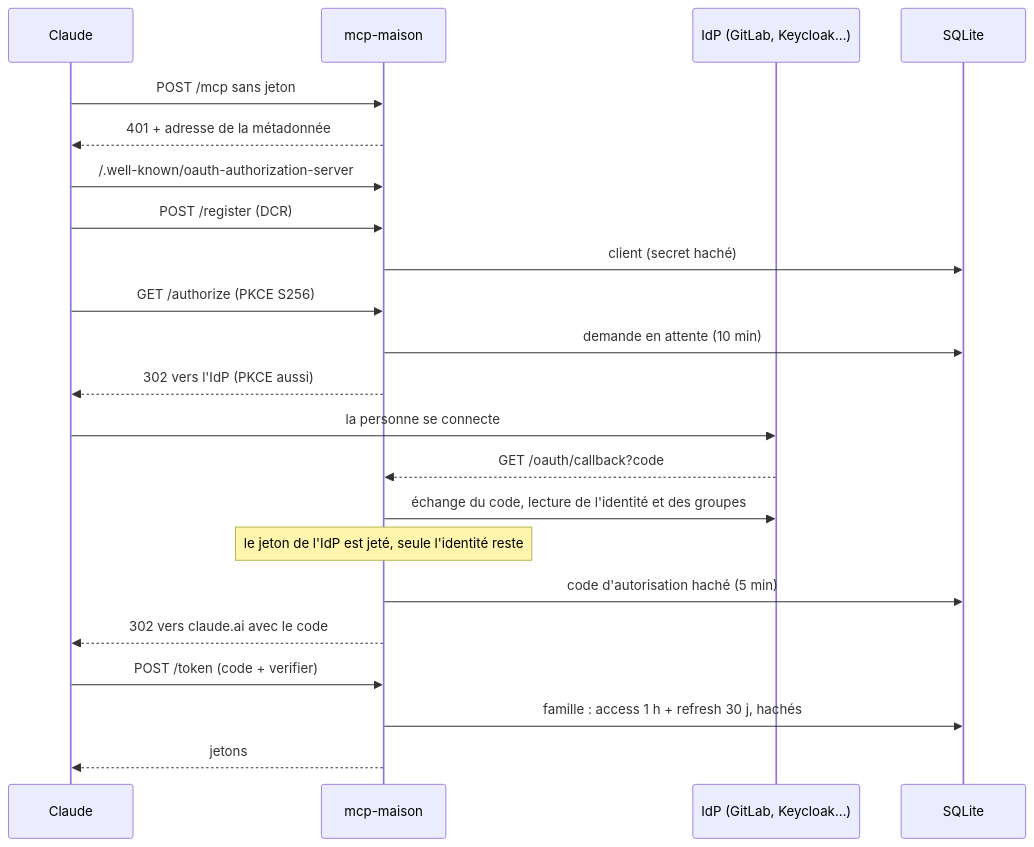
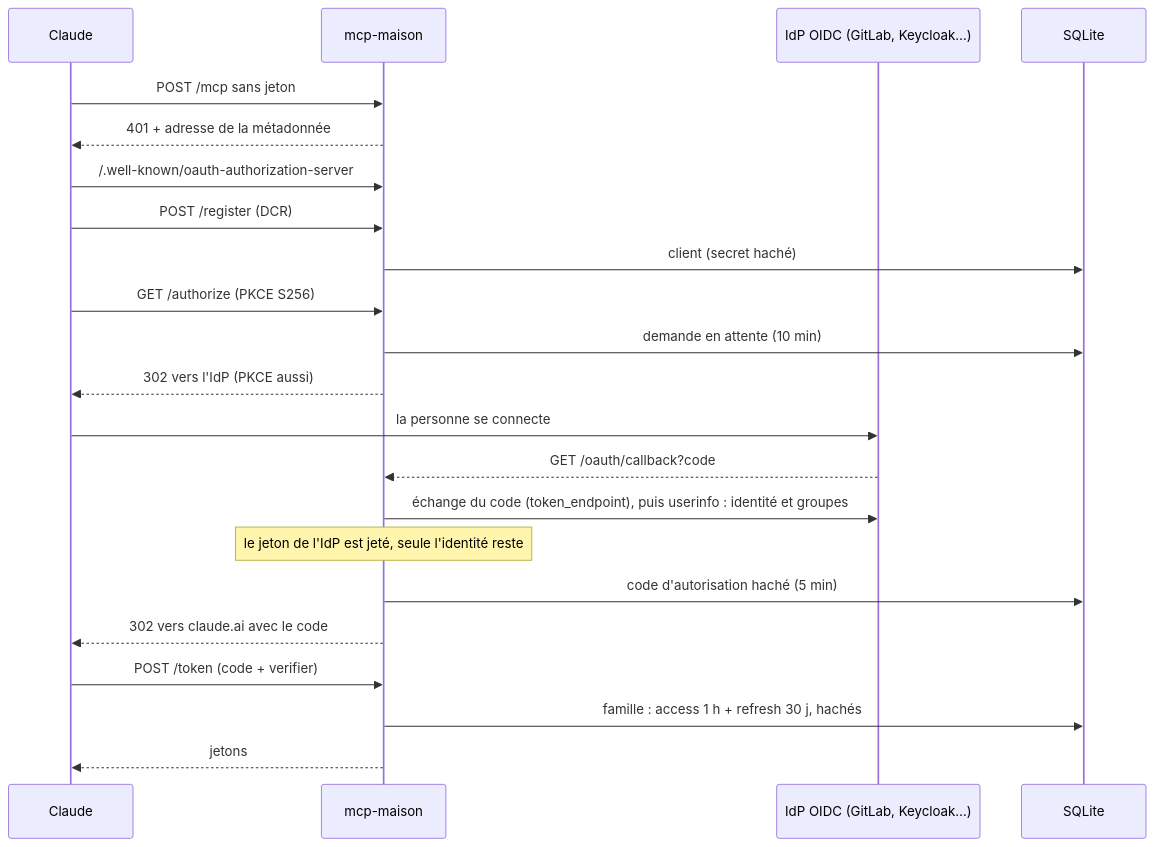
The first of 2 diagrams in docs/architecture.md (ldesfontaine/mcp-maison), drawn with Mermaid before and after one commit. The commit also changed other lines of this file and 35 other files, not shown here.

````diff
--- a/docs/architecture.md
+++ b/docs/architecture.md
@@ -32,24 +32,24 @@
 ```mermaid
 sequenceDiagram
     participant C as Claude
     participant M as mcp-maison
-    participant I as IdP (GitLab, Keycloak…)
+    participant I as IdP OIDC (GitLab, Keycloak…)
     participant DB as SQLite
     C->>M: POST /mcp sans jeton
     M-->>C: 401 + adresse de la métadonnée
     C->>M: /.well-known/oauth-authorization-server
     C->>M: POST /register (DCR)
     M->>DB: client (secret haché)
     C->>M: GET /authorize (PKCE S256)
     M->>DB: demande en attente (10 min)
     M-->>C: 302 vers l'IdP (PKCE aussi)
     C->>I: la personne se connecte
     I-->>M: GET /oauth/callback?code
-    M->>I: échange du code, lecture de l'identité et des groupes
+    M->>I: échange du code (token_endpoint), puis userinfo : identité et groupes
     Note over M: le jeton de l'IdP est jeté, seule l'identité reste
     M->>DB: code d'autorisation haché (5 min)
     M-->>C: 302 vers claude.ai avec le code
     C->>M: POST /token (code + verifier)
     M->>DB: famille : access 1 h + refresh 30 j, hachés
     M-->>C: jetons
 ```
````
